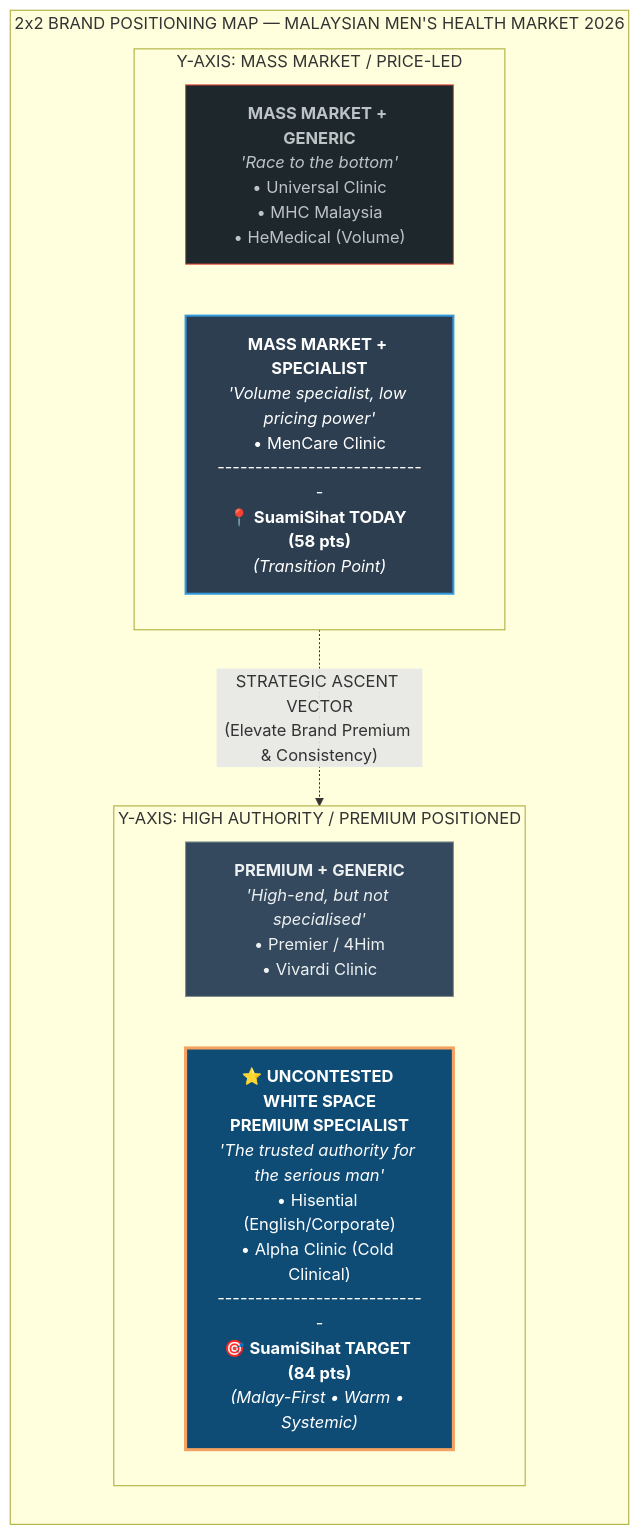
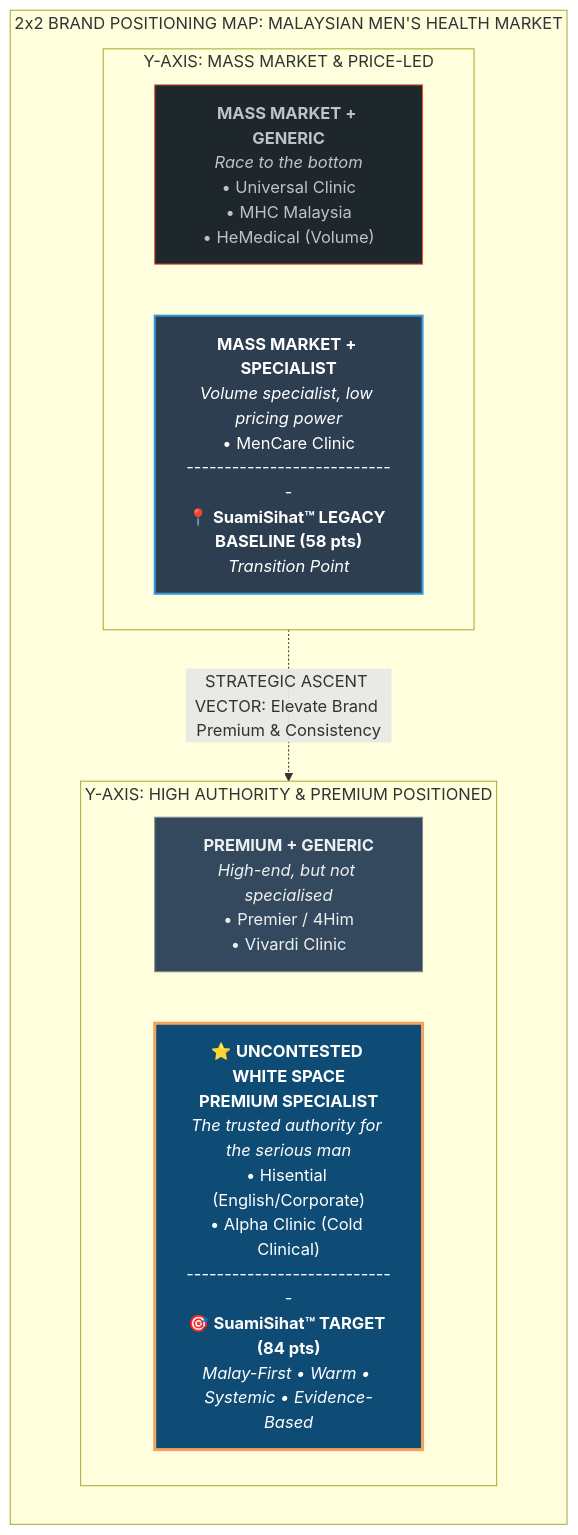
One commit to SuamiSihat/SS-Design-System changed the first of 5 diagrams in content/clinic-positioning.md. Above: the diagram before and after it, drawn with Mermaid. The commit also changed other lines of this file and 38 other files, not shown here.

Commit message:
feat(docs): upgrade clinic positioning to designer and editor master playbook

````diff
--- a/content/clinic-positioning.md
+++ b/content/clinic-positioning.md
@@ -98,25 +44,25 @@
 ```mermaid
 flowchart TD
-    subgraph QUADRANT_MAP ["2x2 BRAND POSITIONING MAP — MALAYSIAN MEN'S HEALTH MARKET 2026"]
+    subgraph QUADRANT_MAP ["2x2 BRAND POSITIONING MAP: MALAYSIAN MEN'S HEALTH MARKET"]
         direction TB
 
-        subgraph TOP_ROW ["Y-AXIS: HIGH AUTHORITY / PREMIUM POSITIONED"]
+        subgraph TOP_ROW ["Y-AXIS: HIGH AUTHORITY & PREMIUM POSITIONED"]
             direction LR
-            TL["<b>PREMIUM + GENERIC</b><br/><i>'High-end, but not specialised'</i><br/>• Premier / 4Him<br/>• Vivardi Clinic"]
-            TR["⭐ <b>UNCONTESTED WHITE SPACE</b><br/><b>PREMIUM SPECIALIST</b><br/><i>'The trusted authority for the serious man'</i><br/>• Hisential (English/Corporate)<br/>• Alpha Clinic (Cold Clinical)<br/>----------------------------<br/>🎯 <b>SuamiSihat TARGET (84 pts)</b><br/><i>(Malay-First • Warm • Systemic)</i>"]
+            TL["<b>PREMIUM + GENERIC</b><br/><i>High-end, but not specialised</i><br/>• Premier / 4Him<br/>• Vivardi Clinic"]
+            TR["⭐ <b>UNCONTESTED WHITE SPACE</b><br/><b>PREMIUM SPECIALIST</b><br/><i>The trusted authority for the serious man</i><br/>• Hisential (English/Corporate)<br/>• Alpha Clinic (Cold Clinical)<br/>----------------------------<br/>🎯 <b>SuamiSihat™ TARGET (84 pts)</b><br/><i>Malay-First • Warm • Systemic • Evidence-Based</i>"]
         end
 
-        subgraph BOTTOM_ROW ["Y-AXIS: MASS MARKET / PRICE-LED"]
+        subgraph BOTTOM_ROW ["Y-AXIS: MASS MARKET & PRICE-LED"]
             direction LR
-            BL["<b>MASS MARKET + GENERIC</b><br/><i>'Race to the bottom'</i><br/>• Universal Clinic<br/>• MHC Malaysia<br/>• HeMedical (Volume)"]
-            BR["<b>MASS MARKET + SPECIALIST</b><br/><i>'Volume specialist, low pricing power'</i><br/>• MenCare Clinic<br/>----------------------------<br/>📍 <b>SuamiSihat TODAY (58 pts)</b><br/><i>(Transition Point)</i>"]
+            BL["<b>MASS MARKET + GENERIC</b><br/><i>Race to the bottom</i><br/>• Universal Clinic<br/>• MHC Malaysia<br/>• HeMedical (Volume)"]
+            BR["<b>MASS MARKET + SPECIALIST</b><br/><i>Volume specialist, low pricing power</i><br/>• MenCare Clinic<br/>----------------------------<br/>📍 <b>SuamiSihat™ LEGACY BASELINE (58 pts)</b><br/><i>Transition Point</i>"]
         end
     end
 
-    BR -.->|"STRATEGIC ASCENT VECTOR<br/>(Elevate Brand Premium & Consistency)"| TR
+    BR -.->|"STRATEGIC ASCENT VECTOR: Elevate Brand Premium & Consistency"| TR
 
     style TR fill:#0f4c75,stroke:#f4a261,stroke-width:3px,color:#ffffff
     style BR fill:#2c3e50,stroke:#3498db,stroke-width:2px,color:#ffffff
     style TL fill:#34495e,stroke:#7f8c8d,stroke-width:1px,color:#ecf0f1
     style BL fill:#1e272c,stroke:#e74c3c,stroke-width:1px,color:#bdc3c7
 ```
````
